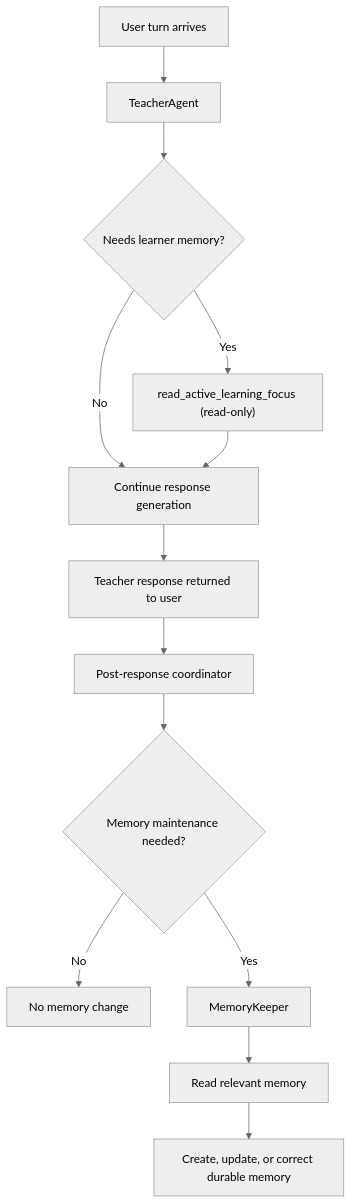
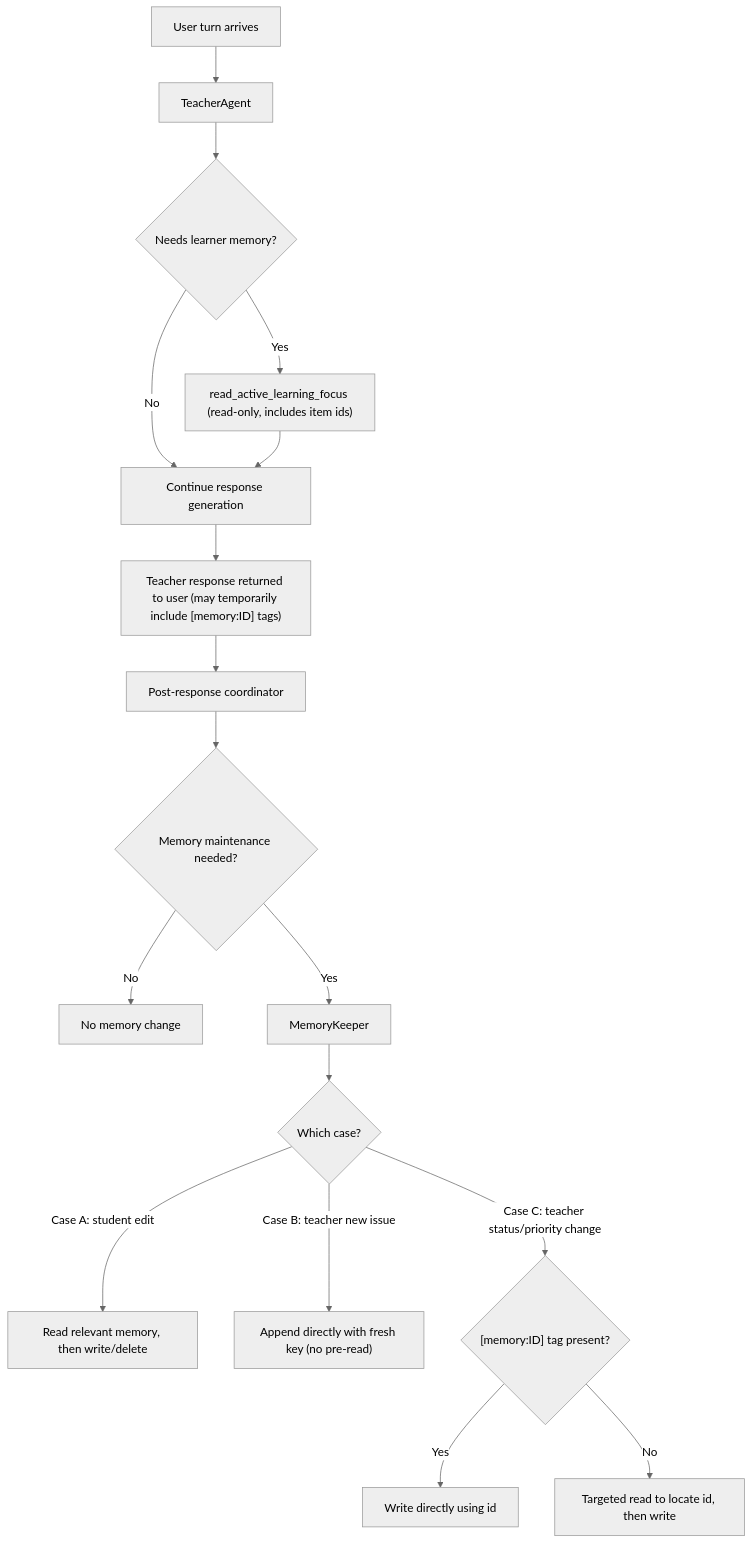
One commit to 40min/runestone changed the second of 4 diagrams in docs/agent-swarm-architecture.md. Above: the diagram before and after it, drawn with Mermaid (neutral theme). The commit also changed other lines of this file and 10 other files, not shown here.

First line of the commit message:
feat: simplify memorykeeper append-first flow (#147)

````diff
--- a/docs/agent-swarm-architecture.md
+++ b/docs/agent-swarm-architecture.md
@@ -198,15 +198,19 @@
 ```mermaid
 flowchart TD
     A["User turn arrives"] --> B["TeacherAgent"]
     B --> C{"Needs learner memory?"}
     C -- No --> D["Continue response generation"]
-    C -- Yes --> E["read_active_learning_focus (read-only)"]
+    C -- Yes --> E["read_active_learning_focus (read-only, includes item ids)"]
     E --> D
-    D --> F["Teacher response returned to user"]
+    D --> F["Teacher response returned to user (may temporarily include [memory:ID] tags)"]
     F --> G["Post-response coordinator"]
     G --> H{"Memory maintenance needed?"}
     H -- No --> I["No memory change"]
     H -- Yes --> J["MemoryKeeper"]
-    J --> K["Read relevant memory"]
-    K --> L["Create, update, or correct durable memory"]
+    J --> K{"Which case?"}
+    K -- "Case A: student edit" --> L["Read relevant memory, then write/delete"]
+    K -- "Case B: teacher new issue" --> M["Append directly with fresh key (no pre-read)"]
+    K -- "Case C: teacher status/priority change" --> N{"[memory:ID] tag present?"}
+    N -- Yes --> O["Write directly using id"]
+    N -- No --> P["Targeted read to locate id, then write"]
 ```
````
